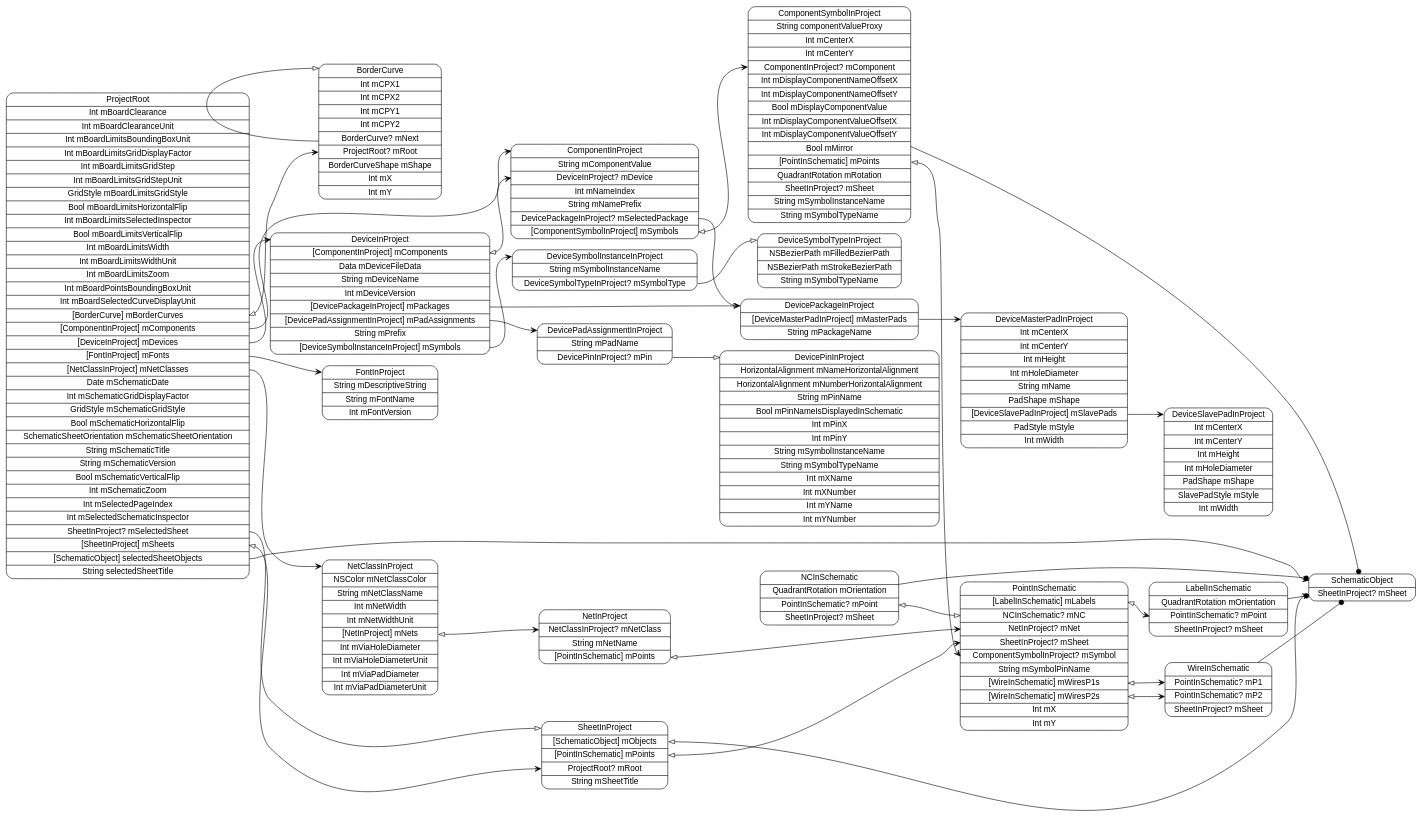
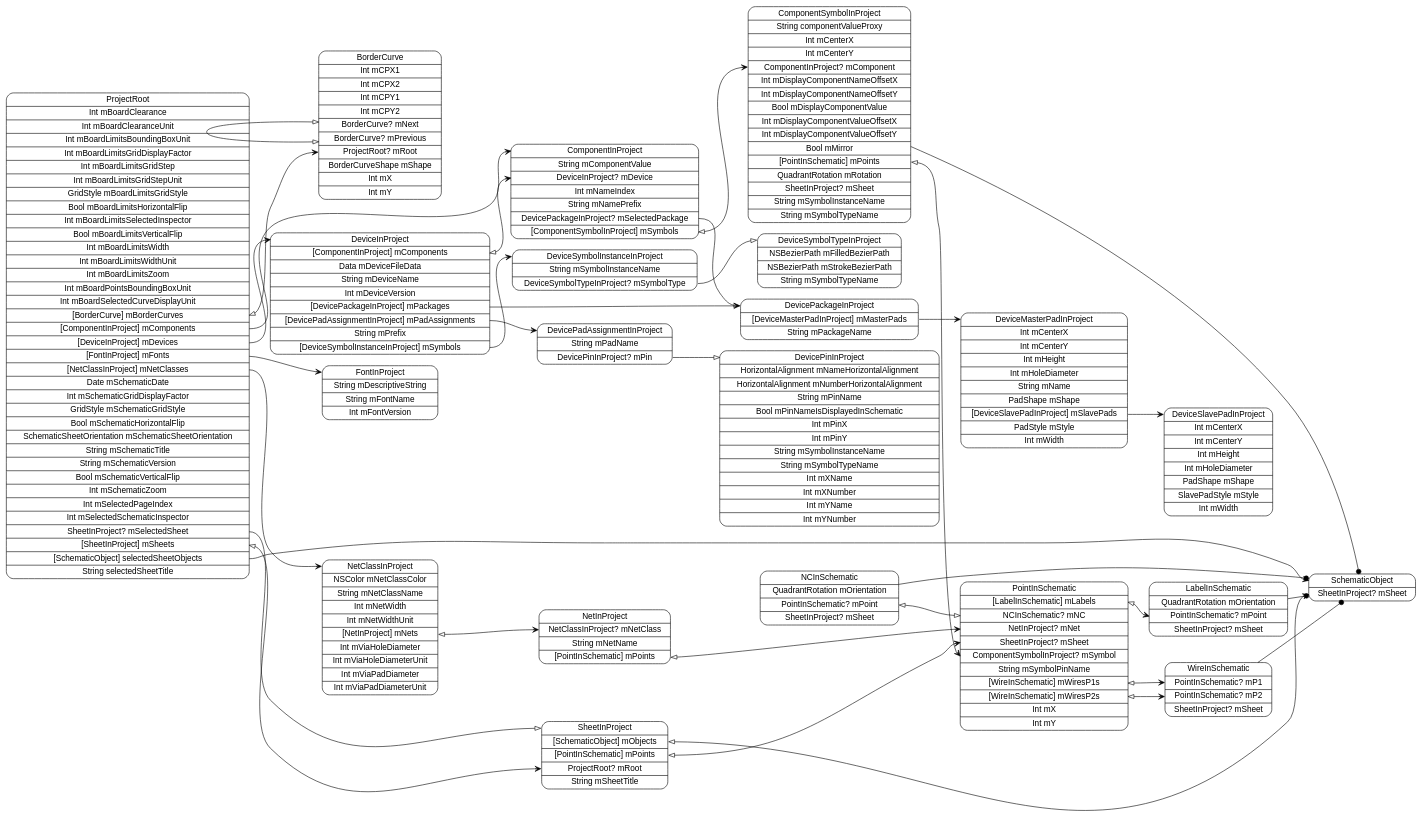
Before and after one commit to pierremolinaro/ElCanari-dev: the diagram in models/ProjectRoot.dot, drawn with Graphviz. The commit also changed 12 other files, not shown here.

```diff
--- a/models/ProjectRoot.dot
+++ b/models/ProjectRoot.dot
@@ -1,57 +1,57 @@
 digraph G {
   rankdir=LR ;
   node [shape=record fontname=helvetica style=rounded] ;
   ProjectRoot[label="<ProjectRoot>ProjectRoot|Int mBoardClearance|Int mBoardClearanceUnit|Int mBoardLimitsBoundingBoxUnit|Int mBoardLimitsGridDisplayFactor|Int mBoardLimitsGridStep|Int mBoardLimitsGridStepUnit|GridStyle mBoardLimitsGridStyle|Bool mBoardLimitsHorizontalFlip|Int mBoardLimitsSelectedInspector|Bool mBoardLimitsVerticalFlip|Int mBoardLimitsWidth|Int mBoardLimitsWidthUnit|Int mBoardLimitsZoom|Int mBoardPointsBoundingBoxUnit|Int mBoardSelectedCurveDisplayUnit|<mBorderCurves>[BorderCurve] mBorderCurves|<mComponents>[ComponentInProject] mComponents|<mDevices>[DeviceInProject] mDevices|<mFonts>[FontInProject] mFonts|<mNetClasses>[NetClassInProject] mNetClasses|Date mSchematicDate|Int mSchematicGridDisplayFactor|GridStyle mSchematicGridStyle|Bool mSchematicHorizontalFlip|SchematicSheetOrientation mSchematicSheetOrientation|String mSchematicTitle|String mSchematicVersion|Bool mSchematicVerticalFlip|Int mSchematicZoom|Int mSelectedPageIndex|Int mSelectedSchematicInspector|<mSelectedSheet>SheetInProject? mSelectedSheet|<mSheets>[SheetInProject] mSheets|<selectedSheetObjects>[SchematicObject] selectedSheetObjects|String selectedSheetTitle"] ;
   SchematicObject[label="<SchematicObject>SchematicObject|<mSheet>SheetInProject? mSheet"] ;
   SheetInProject[label="<SheetInProject>SheetInProject|<mObjects>[SchematicObject] mObjects|<mPoints>[PointInSchematic] mPoints|<mRoot>ProjectRoot? mRoot|String mSheetTitle"] ;
   PointInSchematic[label="<PointInSchematic>PointInSchematic|<mLabels>[LabelInSchematic] mLabels|<mNC>NCInSchematic? mNC|<mNet>NetInProject? mNet|<mSheet>SheetInProject? mSheet|<mSymbol>ComponentSymbolInProject? mSymbol|String mSymbolPinName|<mWiresP1s>[WireInSchematic] mWiresP1s|<mWiresP2s>[WireInSchematic] mWiresP2s|Int mX|Int mY"] ;
   WireInSchematic[label="<WireInSchematic>WireInSchematic|<mP1>PointInSchematic? mP1|<mP2>PointInSchematic? mP2|<mSheet>SheetInProject? mSheet"] ;
   NCInSchematic[label="<NCInSchematic>NCInSchematic|QuadrantRotation mOrientation|<mPoint>PointInSchematic? mPoint|<mSheet>SheetInProject? mSheet"] ;
   LabelInSchematic[label="<LabelInSchematic>LabelInSchematic|QuadrantRotation mOrientation|<mPoint>PointInSchematic? mPoint|<mSheet>SheetInProject? mSheet"] ;
   NetClassInProject[label="<NetClassInProject>NetClassInProject|NSColor mNetClassColor|String mNetClassName|Int mNetWidth|Int mNetWidthUnit|<mNets>[NetInProject] mNets|Int mViaHoleDiameter|Int mViaHoleDiameterUnit|Int mViaPadDiameter|Int mViaPadDiameterUnit"] ;
   NetInProject[label="<NetInProject>NetInProject|<mNetClass>NetClassInProject? mNetClass|String mNetName|<mPoints>[PointInSchematic] mPoints"] ;
   FontInProject[label="<FontInProject>FontInProject|String mDescriptiveString|String mFontName|Int mFontVersion"] ;
   DeviceInProject[label="<DeviceInProject>DeviceInProject|<mComponents>[ComponentInProject] mComponents|Data mDeviceFileData|String mDeviceName|Int mDeviceVersion|<mPackages>[DevicePackageInProject] mPackages|<mPadAssignments>[DevicePadAssignmentInProject] mPadAssignments|String mPrefix|<mSymbols>[DeviceSymbolInstanceInProject] mSymbols"] ;
   DeviceSymbolInstanceInProject[label="<DeviceSymbolInstanceInProject>DeviceSymbolInstanceInProject|String mSymbolInstanceName|<mSymbolType>DeviceSymbolTypeInProject? mSymbolType"] ;
   DeviceSymbolTypeInProject[label="<DeviceSymbolTypeInProject>DeviceSymbolTypeInProject|NSBezierPath mFilledBezierPath|NSBezierPath mStrokeBezierPath|String mSymbolTypeName"] ;
   DevicePadAssignmentInProject[label="<DevicePadAssignmentInProject>DevicePadAssignmentInProject|String mPadName|<mPin>DevicePinInProject? mPin"] ;
   DevicePinInProject[label="<DevicePinInProject>DevicePinInProject|HorizontalAlignment mNameHorizontalAlignment|HorizontalAlignment mNumberHorizontalAlignment|String mPinName|Bool mPinNameIsDisplayedInSchematic|Int mPinX|Int mPinY|String mSymbolInstanceName|String mSymbolTypeName|Int mXName|Int mXNumber|Int mYName|Int mYNumber"] ;
   DevicePackageInProject[label="<DevicePackageInProject>DevicePackageInProject|<mMasterPads>[DeviceMasterPadInProject] mMasterPads|String mPackageName"] ;
   DeviceMasterPadInProject[label="<DeviceMasterPadInProject>DeviceMasterPadInProject|Int mCenterX|Int mCenterY|Int mHeight|Int mHoleDiameter|String mName|PadShape mShape|<mSlavePads>[DeviceSlavePadInProject] mSlavePads|PadStyle mStyle|Int mWidth"] ;
   DeviceSlavePadInProject[label="<DeviceSlavePadInProject>DeviceSlavePadInProject|Int mCenterX|Int mCenterY|Int mHeight|Int mHoleDiameter|PadShape mShape|SlavePadStyle mStyle|Int mWidth"] ;
   ComponentInProject[label="<ComponentInProject>ComponentInProject|String mComponentValue|<mDevice>DeviceInProject? mDevice|Int mNameIndex|String mNamePrefix|<mSelectedPackage>DevicePackageInProject? mSelectedPackage|<mSymbols>[ComponentSymbolInProject] mSymbols"] ;
   ComponentSymbolInProject[label="<ComponentSymbolInProject>ComponentSymbolInProject|String componentValueProxy|Int mCenterX|Int mCenterY|<mComponent>ComponentInProject? mComponent|Int mDisplayComponentNameOffsetX|Int mDisplayComponentNameOffsetY|Bool mDisplayComponentValue|Int mDisplayComponentValueOffsetX|Int mDisplayComponentValueOffsetY|Bool mMirror|<mPoints>[PointInSchematic] mPoints|QuadrantRotation mRotation|<mSheet>SheetInProject? mSheet|String mSymbolInstanceName|String mSymbolTypeName"] ;
-  BorderCurve[label="<BorderCurve>BorderCurve|Int mCPX1|Int mCPX2|Int mCPY1|Int mCPY2|<mNext>BorderCurve? mNext|<mRoot>ProjectRoot? mRoot|BorderCurveShape mShape|Int mX|Int mY"] ;
+  BorderCurve[label="<BorderCurve>BorderCurve|Int mCPX1|Int mCPX2|Int mCPY1|Int mCPY2|<mNext>BorderCurve? mNext|<mPrevious>BorderCurve? mPrevious|<mRoot>ProjectRoot? mRoot|BorderCurveShape mShape|Int mX|Int mY"] ;
   ProjectRoot:mBorderCurves -> BorderCurve:mRoot [dir=both arrowtail=onormal arrowhead=vee] ;
   ProjectRoot:mComponents -> ComponentInProject:ComponentInProject [dir=both arrowtail=none arrowhead=vee] ;
   ProjectRoot:mDevices -> DeviceInProject:DeviceInProject [dir=both arrowtail=none arrowhead=vee] ;
   ProjectRoot:mFonts -> FontInProject:FontInProject [dir=both arrowtail=none arrowhead=vee] ;
   ProjectRoot:mNetClasses -> NetClassInProject:NetClassInProject [dir=both arrowtail=none arrowhead=vee] ;
   ProjectRoot:mSelectedSheet -> SheetInProject:SheetInProject [dir=both arrowtail=none arrowhead=onormal] ;
   ProjectRoot:mSheets -> SheetInProject:mRoot [dir=both arrowtail=onormal arrowhead=vee] ;
   ProjectRoot:selectedSheetObjects -> SchematicObject:SchematicObject [dir=both arrowtail=none arrowhead=vee] ;
   SheetInProject:mObjects -> SchematicObject:mSheet [dir=both arrowtail=onormal arrowhead=vee] ;
   SheetInProject:mPoints -> PointInSchematic:mSheet [dir=both arrowtail=onormal arrowhead=vee] ;
   PointInSchematic:mLabels -> LabelInSchematic:mPoint [dir=both arrowtail=onormal arrowhead=vee] ;
   PointInSchematic:mWiresP1s -> WireInSchematic:mP1 [dir=both arrowtail=onormal arrowhead=vee] ;
   PointInSchematic:mWiresP2s -> WireInSchematic:mP2 [dir=both arrowtail=onormal arrowhead=vee] ;
   WireInSchematic -> SchematicObject [arrowhead=dot] ;
   NCInSchematic -> SchematicObject [arrowhead=dot] ;
   NCInSchematic:mPoint -> PointInSchematic:mNC [dir=both arrowtail=onormal arrowhead=onormal] ;
   LabelInSchematic -> SchematicObject [arrowhead=dot] ;
   NetClassInProject:mNets -> NetInProject:mNetClass [dir=both arrowtail=onormal arrowhead=vee] ;
   NetInProject:mPoints -> PointInSchematic:mNet [dir=both arrowtail=onormal arrowhead=vee] ;
   DeviceInProject:mComponents -> ComponentInProject:mDevice [dir=both arrowtail=onormal arrowhead=vee] ;
   DeviceInProject:mPackages -> DevicePackageInProject:DevicePackageInProject [dir=both arrowtail=none arrowhead=vee] ;
   DeviceInProject:mPadAssignments -> DevicePadAssignmentInProject:DevicePadAssignmentInProject [dir=both arrowtail=none arrowhead=vee] ;
   DeviceInProject:mSymbols -> DeviceSymbolInstanceInProject:DeviceSymbolInstanceInProject [dir=both arrowtail=none arrowhead=vee] ;
   DeviceSymbolInstanceInProject:mSymbolType -> DeviceSymbolTypeInProject:DeviceSymbolTypeInProject [dir=both arrowtail=none arrowhead=onormal] ;
   DevicePadAssignmentInProject:mPin -> DevicePinInProject:DevicePinInProject [dir=both arrowtail=none arrowhead=onormal] ;
   DevicePackageInProject:mMasterPads -> DeviceMasterPadInProject:DeviceMasterPadInProject [dir=both arrowtail=none arrowhead=vee] ;
   DeviceMasterPadInProject:mSlavePads -> DeviceSlavePadInProject:DeviceSlavePadInProject [dir=both arrowtail=none arrowhead=vee] ;
   ComponentInProject:mSelectedPackage -> DevicePackageInProject:DevicePackageInProject [dir=both arrowtail=none arrowhead=onormal] ;
   ComponentInProject:mSymbols -> ComponentSymbolInProject:mComponent [dir=both arrowtail=onormal arrowhead=vee] ;
   ComponentSymbolInProject -> SchematicObject [arrowhead=dot] ;
   ComponentSymbolInProject:mPoints -> PointInSchematic:mSymbol [dir=both arrowtail=onormal arrowhead=vee] ;
-  BorderCurve:mNext -> BorderCurve:BorderCurve [dir=both arrowtail=none arrowhead=onormal] ;
+  BorderCurve:mPrevious -> BorderCurve:mNext [dir=both arrowtail=onormal arrowhead=onormal] ;
 }
```
